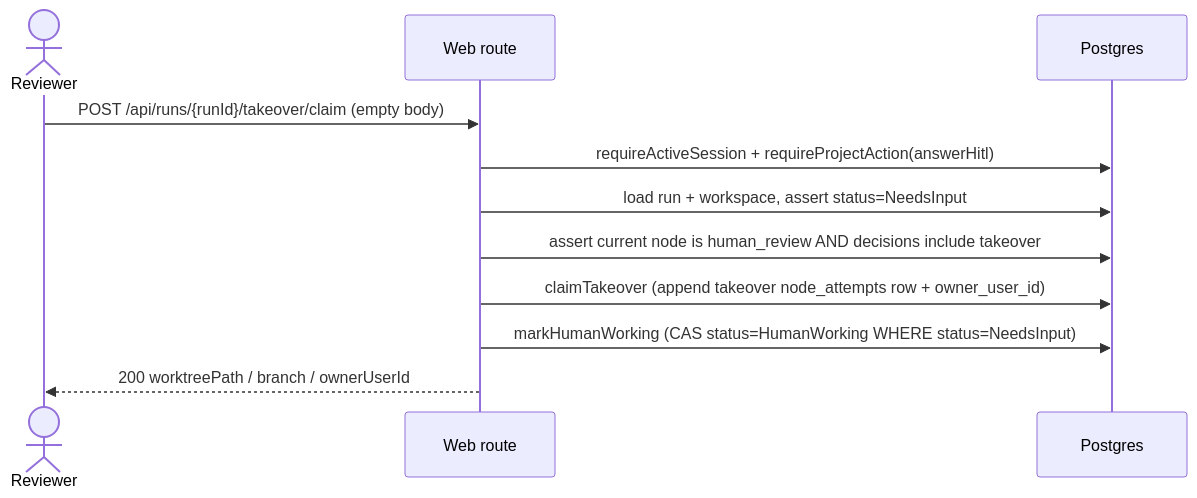
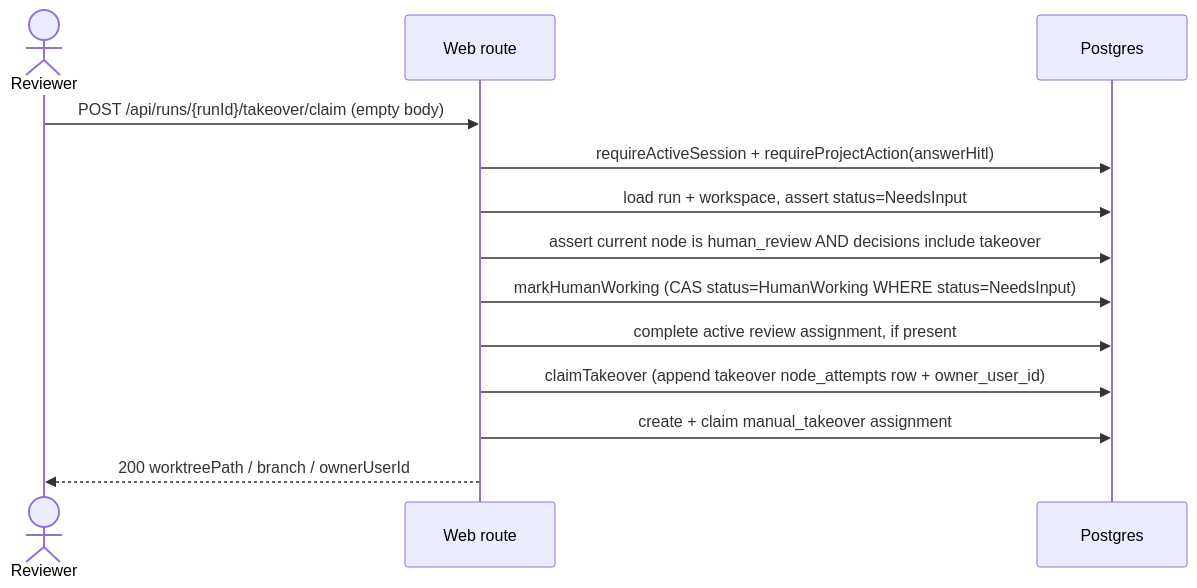
Before and after one commit to maister-dev/maister: the second of 4 diagrams in docs/system-analytics/manual-takeover.md, drawn with Mermaid. The commit also changed other lines of this file and 65 other files, not shown here.

````diff
--- a/docs/system-analytics/manual-takeover.md
+++ b/docs/system-analytics/manual-takeover.md
@@ -68,14 +71,16 @@
 ```mermaid
 sequenceDiagram
     actor U as Reviewer
     participant W as Web route
     participant DB as Postgres
 
     U->>W: POST /api/runs/{runId}/takeover/claim (empty body)
     W->>DB: requireActiveSession + requireProjectAction(answerHitl)
     W->>DB: load run + workspace, assert status=NeedsInput
     W->>DB: assert current node is human_review AND decisions include takeover
+    W->>DB: markHumanWorking (CAS status=HumanWorking WHERE status=NeedsInput)
+    W->>DB: complete active review assignment, if present
     W->>DB: claimTakeover (append takeover node_attempts row + owner_user_id)
-    W->>DB: markHumanWorking (CAS status=HumanWorking WHERE status=NeedsInput)
+    W->>DB: create + claim manual_takeover assignment
     W-->>U: 200 worktreePath / branch / ownerUserId
 ```
````
